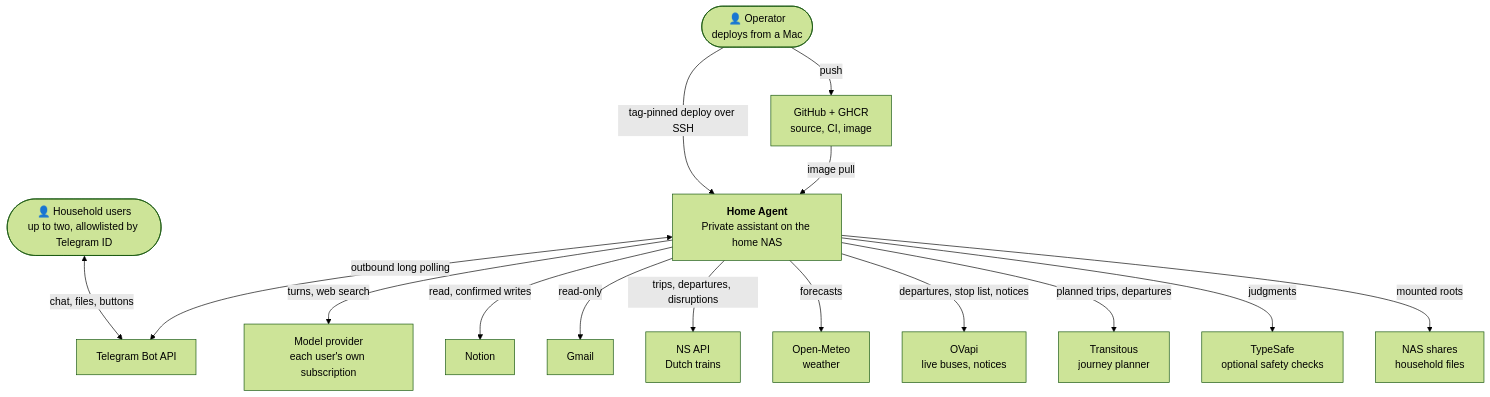
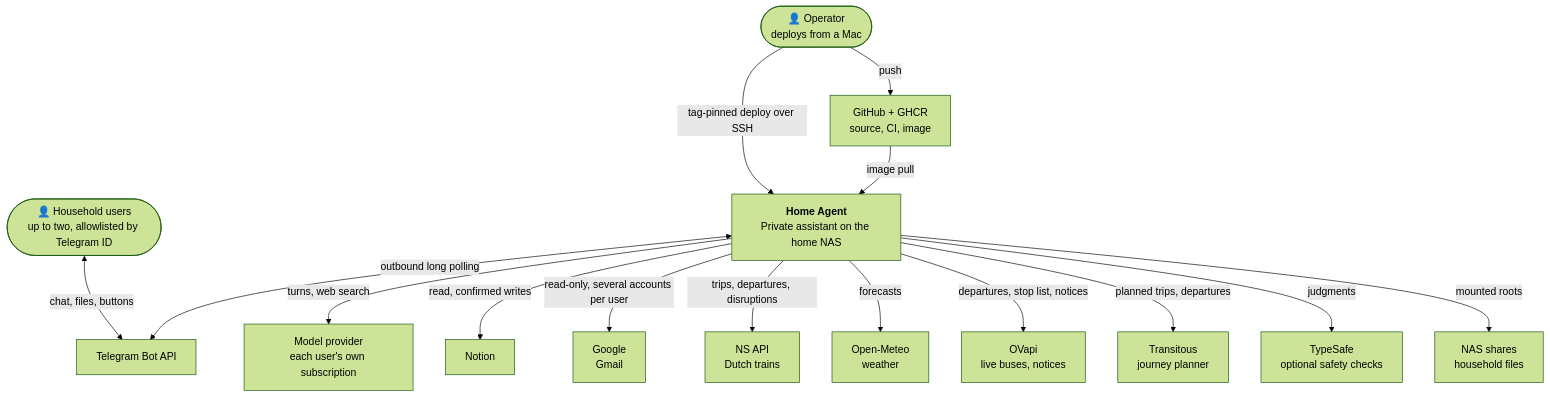
One commit to vladar107/home-ai-assistant changed the first of 3 diagrams in docs/architecture.md. Above: the diagram before and after it, drawn with Mermaid (forest theme). The commit also changed other lines of this file and 32 other files, not shown here.

First line of the commit message:
feat: connect several Google accounts per user with Mail and Calendar switches

````diff
--- a/docs/architecture.md
+++ b/docs/architecture.md
@@ -9,34 +9,34 @@
 ```mermaid
 flowchart TB
     users(["👤 Household users<br/>up to two, allowlisted by Telegram ID"])
     operator(["👤 Operator<br/>deploys from a Mac"])
 
     agent["<b>Home Agent</b><br/>Private assistant on the home NAS"]
 
     telegram["Telegram Bot API"]
     model["Model provider<br/>each user's own subscription"]
     notion["Notion"]
-    gmail["Gmail"]
+    google["Google<br/>Gmail"]
     ns["NS API<br/>Dutch trains"]
     meteo["Open-Meteo<br/>weather"]
     ovapi["OVapi<br/>live buses, notices"]
     transitous["Transitous<br/>journey planner"]
     typesafe["TypeSafe<br/>optional safety checks"]
     nasfiles["NAS shares<br/>household files"]
     ghcr["GitHub + GHCR<br/>source, CI, image"]
 
     users <-->|chat, files, buttons| telegram
     agent <-->|outbound long polling| telegram
     agent -->|turns, web search| model
     agent -->|read, confirmed writes| notion
-    agent -->|read-only| gmail
+    agent -->|read-only, several accounts per user| google
     agent -->|trips, departures, disruptions| ns
     agent -->|forecasts| meteo
     agent -->|departures, stop list, notices| ovapi
     agent -->|planned trips, departures| transitous
     agent -->|judgments| typesafe
     agent -->|mounted roots| nasfiles
     operator -->|push| ghcr
     operator -->|tag-pinned deploy over SSH| agent
     ghcr -->|image pull| agent
 ```
````
